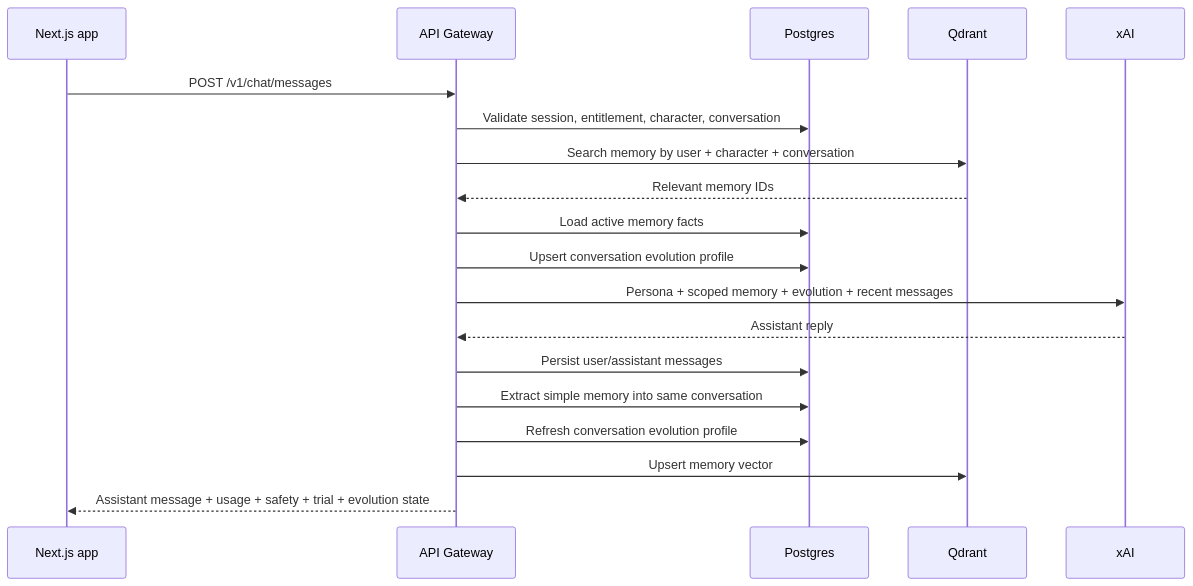
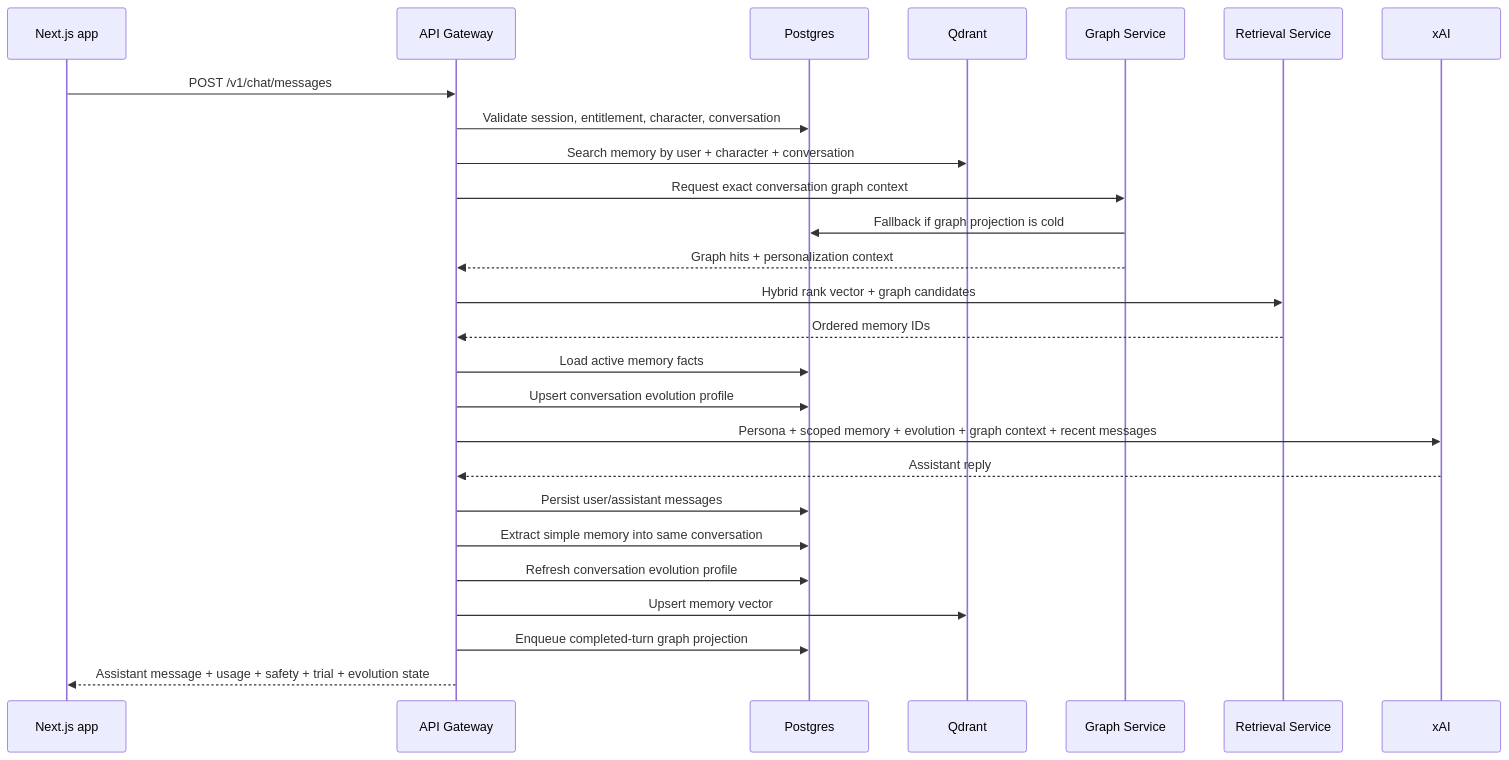
The second of 4 diagrams in docs/architecture.md (Afnanksalal/hana-chat), drawn with Mermaid before and after one commit. The commit also changed other lines of this file and 55 other files, not shown here.

````diff
--- a/docs/architecture.md
+++ b/docs/architecture.md
@@ -31,22 +38,29 @@
 ```mermaid
 sequenceDiagram
   participant Web as Next.js app
   participant API as API Gateway
   participant DB as Postgres
   participant Vec as Qdrant
+  participant Graph as Graph Service
+  participant Rank as Retrieval Service
   participant Model as xAI
 
   Web->>API: POST /v1/chat/messages
   API->>DB: Validate session, entitlement, character, conversation
   API->>Vec: Search memory by user + character + conversation
-  Vec-->>API: Relevant memory IDs
+  API->>Graph: Request exact conversation graph context
+  Graph->>DB: Fallback if graph projection is cold
+  Graph-->>API: Graph hits + personalization context
+  API->>Rank: Hybrid rank vector + graph candidates
+  Rank-->>API: Ordered memory IDs
   API->>DB: Load active memory facts
   API->>DB: Upsert conversation evolution profile
-  API->>Model: Persona + scoped memory + evolution + recent messages
+  API->>Model: Persona + scoped memory + evolution + graph context + recent messages
   Model-->>API: Assistant reply
   API->>DB: Persist user/assistant messages
   API->>DB: Extract simple memory into same conversation
   API->>DB: Refresh conversation evolution profile
   API->>Vec: Upsert memory vector
+  API->>DB: Enqueue completed-turn graph projection
   API-->>Web: Assistant message + usage + safety + trial + evolution state
 ```
````
